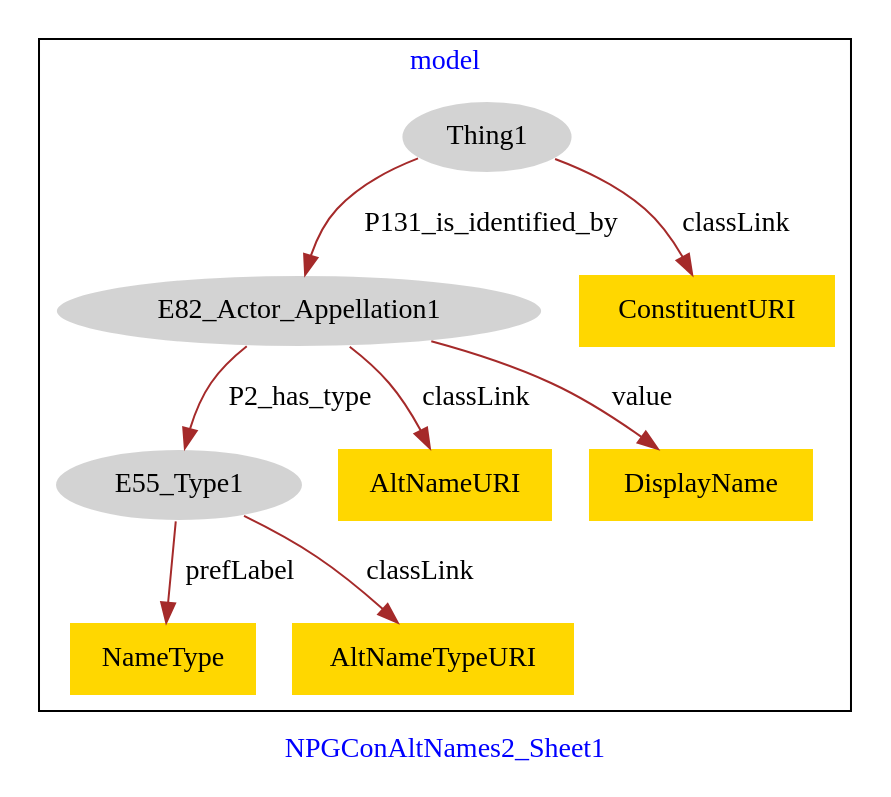
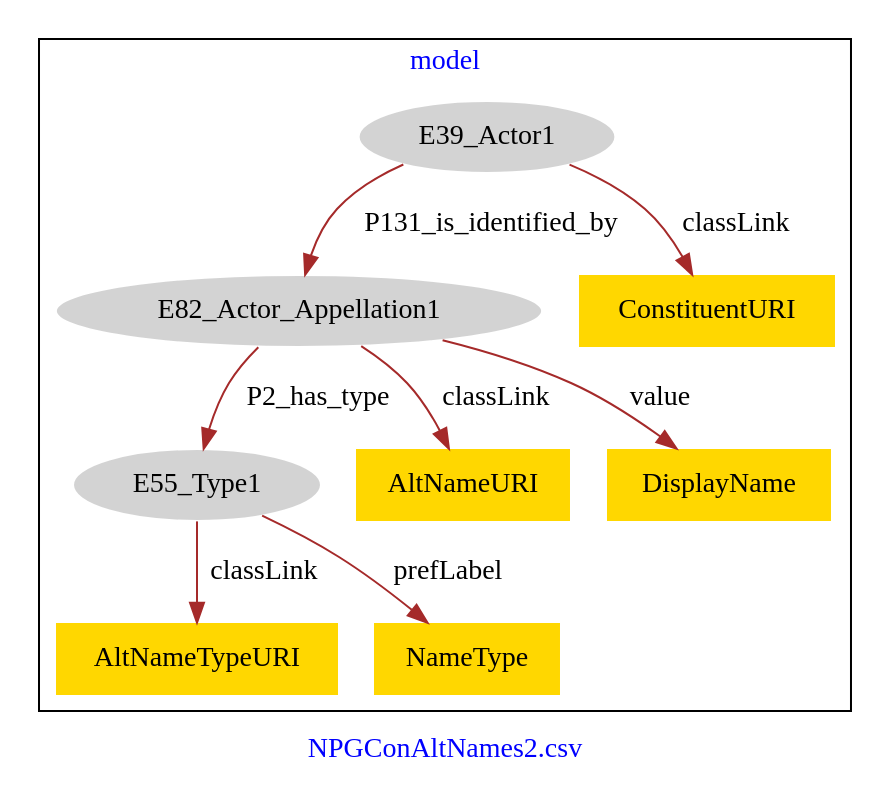
Before and after one commit to american-art/npg: the diagram in NPGConAltNames/NPGConAltNames2-model.dot, drawn with Graphviz.

Commit message:
Update file NPGConAltNames2-model.dot

```diff
--- a/NPGConAltNames/NPGConAltNames2-model.dot
+++ b/NPGConAltNames/NPGConAltNames2-model.dot
@@ -1,23 +1,23 @@
 digraph n0 {
 fontcolor="blue"
 remincross="true"
-label="NPGConAltNames2_Sheet1"
+label="NPGConAltNames2.csv"
 subgraph cluster {
 label="model"
-n2[style="filled",color="white",fillcolor="lightgray",label="E82_Actor_Appellation1"];
-n3[style="filled",color="white",fillcolor="lightgray",label="E55_Type1"];
-n4[style="filled",color="white",fillcolor="lightgray",label="Thing1"];
+n2[style="filled",color="white",fillcolor="lightgray",label="E39_Actor1"];
+n3[style="filled",color="white",fillcolor="lightgray",label="E82_Actor_Appellation1"];
+n4[style="filled",color="white",fillcolor="lightgray",label="E55_Type1"];
 n5[shape="plaintext",style="filled",fillcolor="gold",label="AltNameURI"];
-n6[shape="plaintext",style="filled",fillcolor="gold",label="NameType"];
+n6[shape="plaintext",style="filled",fillcolor="gold",label="ConstituentURI"];
 n7[shape="plaintext",style="filled",fillcolor="gold",label="AltNameTypeURI"];
-n8[shape="plaintext",style="filled",fillcolor="gold",label="DisplayName"];
-n9[shape="plaintext",style="filled",fillcolor="gold",label="ConstituentURI"];
+n8[shape="plaintext",style="filled",fillcolor="gold",label="NameType"];
+n9[shape="plaintext",style="filled",fillcolor="gold",label="DisplayName"];
 }
-n2 -> n3[color="brown",fontcolor="black",label="P2_has_type"]
-n4 -> n2[color="brown",fontcolor="black",label="P131_is_identified_by"]
-n2 -> n5[color="brown",fontcolor="black",label="classLink"]
-n3 -> n6[color="brown",fontcolor="black",label="prefLabel"]
-n3 -> n7[color="brown",fontcolor="black",label="classLink"]
-n2 -> n8[color="brown",fontcolor="black",label="value"]
-n4 -> n9[color="brown",fontcolor="black",label="classLink"]
+n2 -> n3[color="brown",fontcolor="black",label="P131_is_identified_by"]
+n3 -> n4[color="brown",fontcolor="black",label="P2_has_type"]
+n3 -> n5[color="brown",fontcolor="black",label="classLink"]
+n2 -> n6[color="brown",fontcolor="black",label="classLink"]
+n4 -> n7[color="brown",fontcolor="black",label="classLink"]
+n4 -> n8[color="brown",fontcolor="black",label="prefLabel"]
+n3 -> n9[color="brown",fontcolor="black",label="value"]
 }
```
